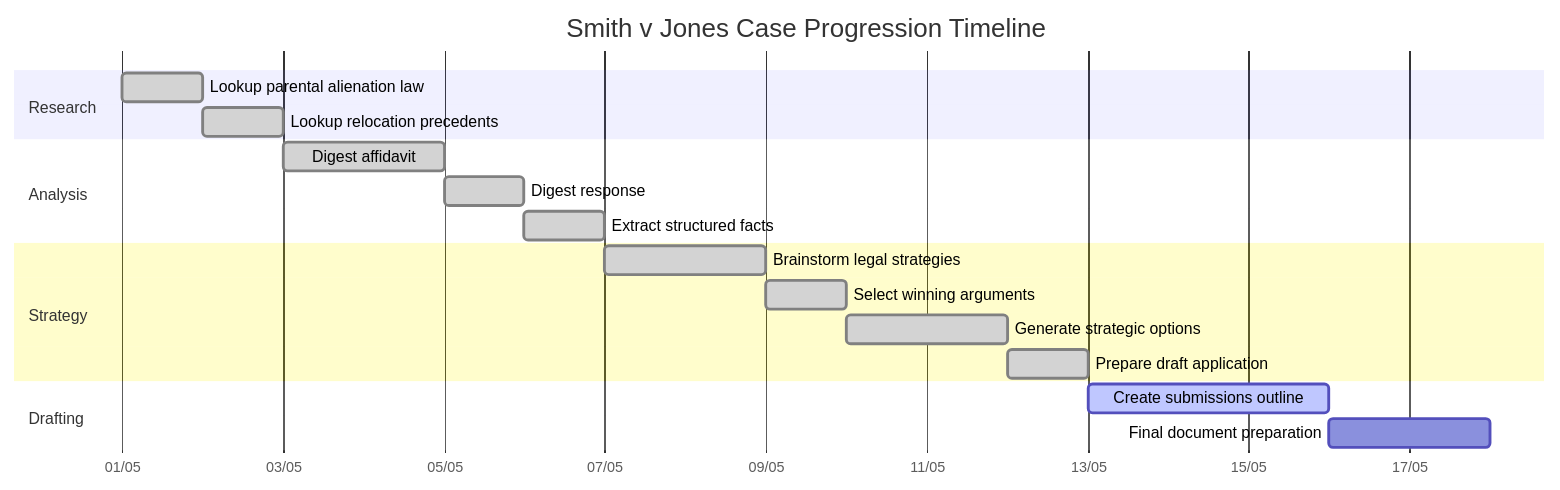
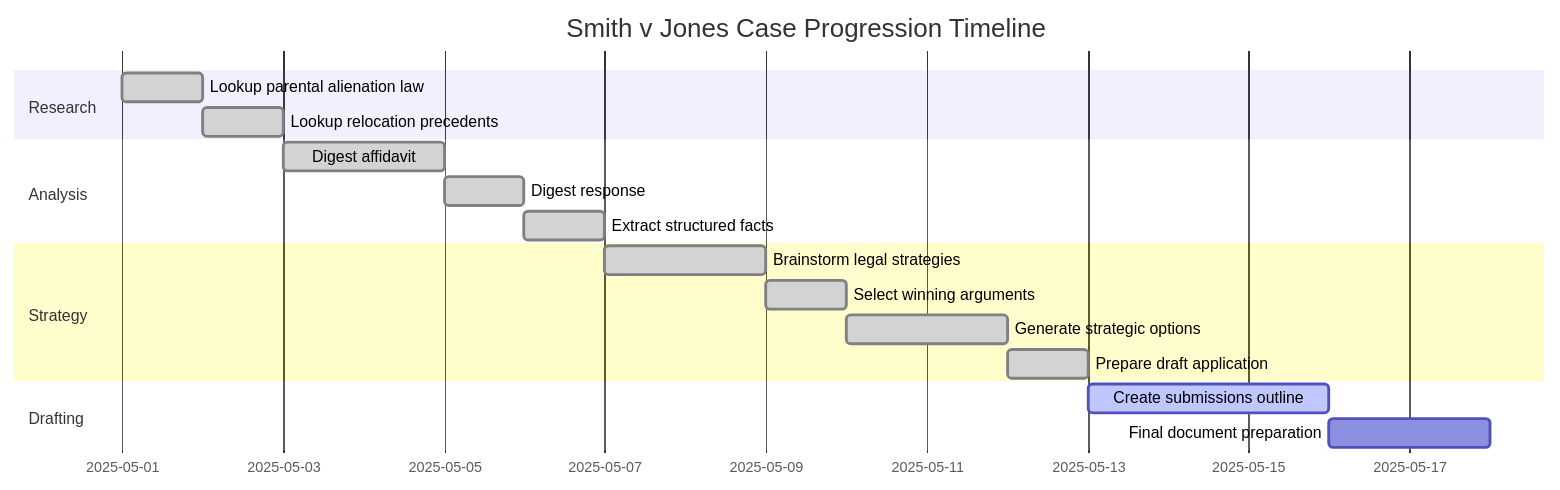
One commit to agelastic/litassist-priv changed the second of 2 diagrams in LitAssist_User_Guide.md. Above: the diagram before and after it, drawn with Mermaid. The commit also changed other lines of this file and 2 other files, not shown here.

````diff
--- a/LitAssist_User_Guide.md
+++ b/LitAssist_User_Guide.md
@@ -630,25 +873,24 @@
 ```mermaid
 gantt
     title Smith v Jones Case Progression Timeline
-    dateFormat  YYYY-MM-DD
-    axisFormat %d/%m
+    dateFormat YYYY-MM-DD
     
     section Research
     Lookup parental alienation law     :done, r1, 2025-05-01, 1d
     Lookup relocation precedents       :done, r2, 2025-05-02, 1d
     
     section Analysis
     Digest affidavit                   :done, a1, after r2, 2d
     Digest response                    :done, a2, after a1, 1d
     Extract structured facts           :done, a3, after a2, 1d
     
     section Strategy
     Brainstorm legal strategies        :done, s1, after a3, 2d
     Select winning arguments           :done, s2, after s1, 1d
     Generate strategic options         :done, s3, after s2, 2d
     Prepare draft application          :done, s4, after s3, 1d
     
     section Drafting
     Create submissions outline         :active, d1, after s4, 3d
     Final document preparation         :d2, after d1, 2d
 ```
````
